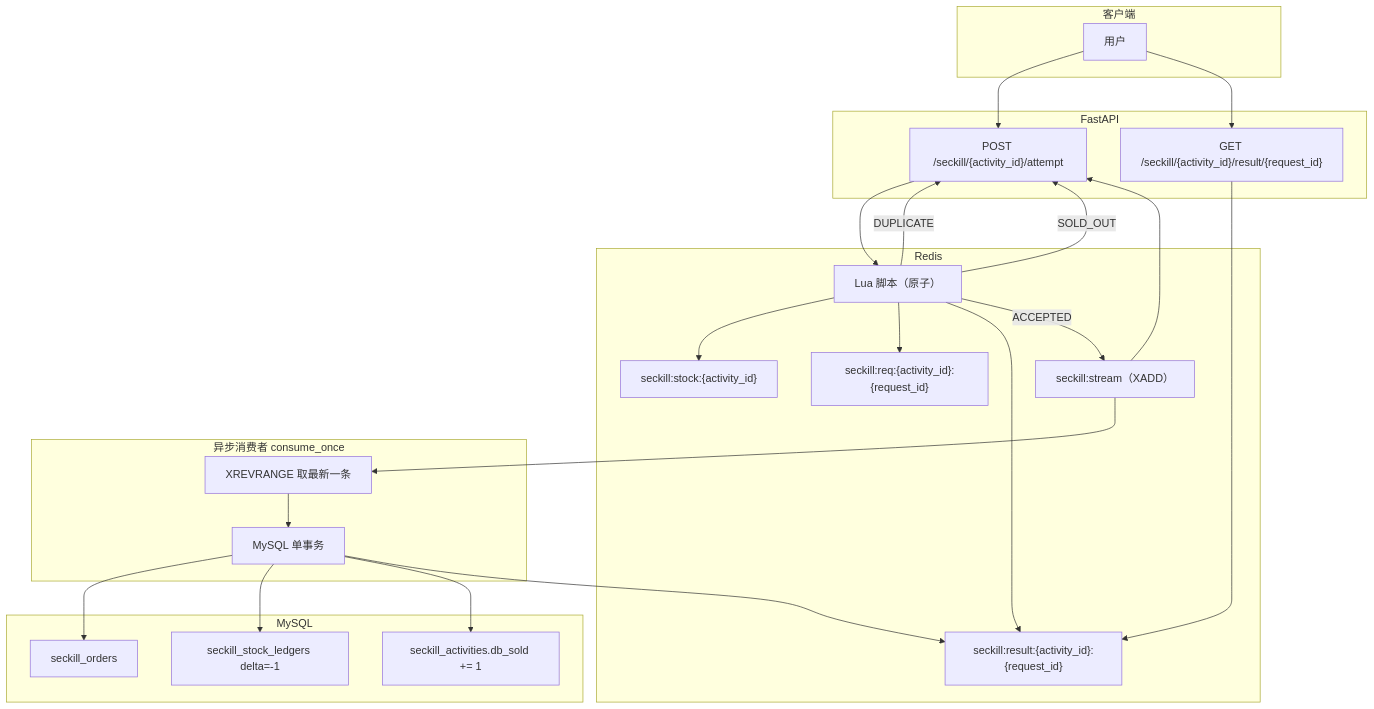
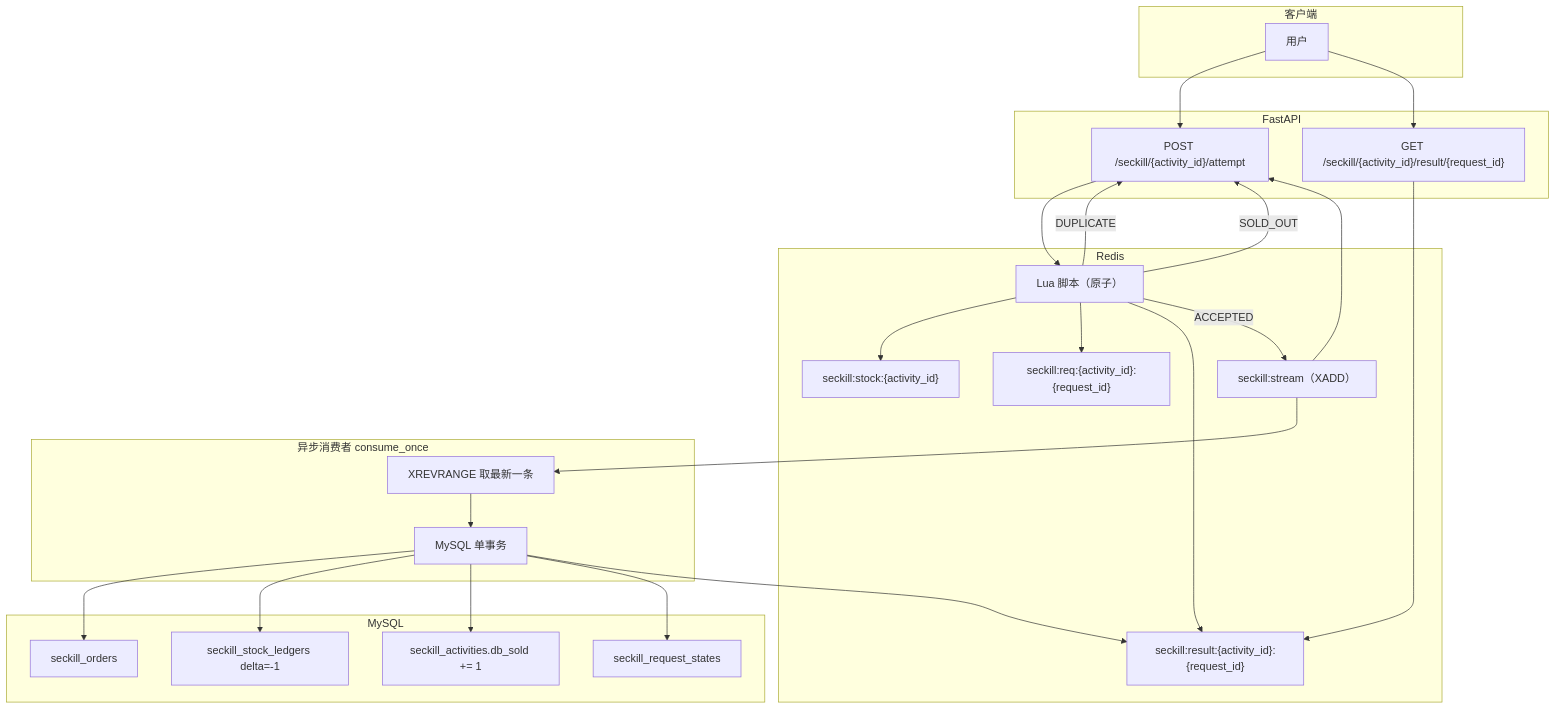
One commit to yi-man/demos changed the first of 2 diagrams in docs/orders-seckill-flow.md. Above: the diagram before and after it, drawn with Mermaid. The commit also changed other lines of this file and 10 other files, not shown here.

````diff
--- a/docs/orders-seckill-flow.md
+++ b/docs/orders-seckill-flow.md
@@ -7,51 +7,53 @@
 ```mermaid
 flowchart TB
     subgraph Client["客户端"]
         U[用户]
     end
 
     subgraph API["FastAPI"]
         ATT["POST /seckill/{activity_id}/attempt"]
         RES["GET /seckill/{activity_id}/result/{request_id}"]
     end
 
     subgraph Redis["Redis"]
         LUA["Lua 脚本（原子）"]
         SK["seckill:stock:{activity_id}"]
         REQ["seckill:req:{activity_id}:{request_id}"]
         OUT["seckill:result:{activity_id}:{request_id}"]
         STR["seckill:stream（XADD）"]
     end
 
     subgraph Consumer["异步消费者 consume_once"]
         READ["XREVRANGE 取最新一条"]
         TX["MySQL 单事务"]
     end
 
     subgraph DB["MySQL"]
         O["seckill_orders"]
         L["seckill_stock_ledgers delta=-1"]
         A["seckill_activities.db_sold += 1"]
+        ST["seckill_request_states"]
     end
 
     U --> ATT
     ATT --> LUA
     LUA --> SK
     LUA --> REQ
     LUA --> OUT
 
     LUA -->|DUPLICATE| ATT
     LUA -->|SOLD_OUT| ATT
     LUA -->|ACCEPTED| STR
     STR --> ATT
 
     STR --> READ
     READ --> TX
     TX --> O
     TX --> L
     TX --> A
+    TX --> ST
     TX --> OUT
 
     U --> RES
     RES --> OUT
 ```
````
